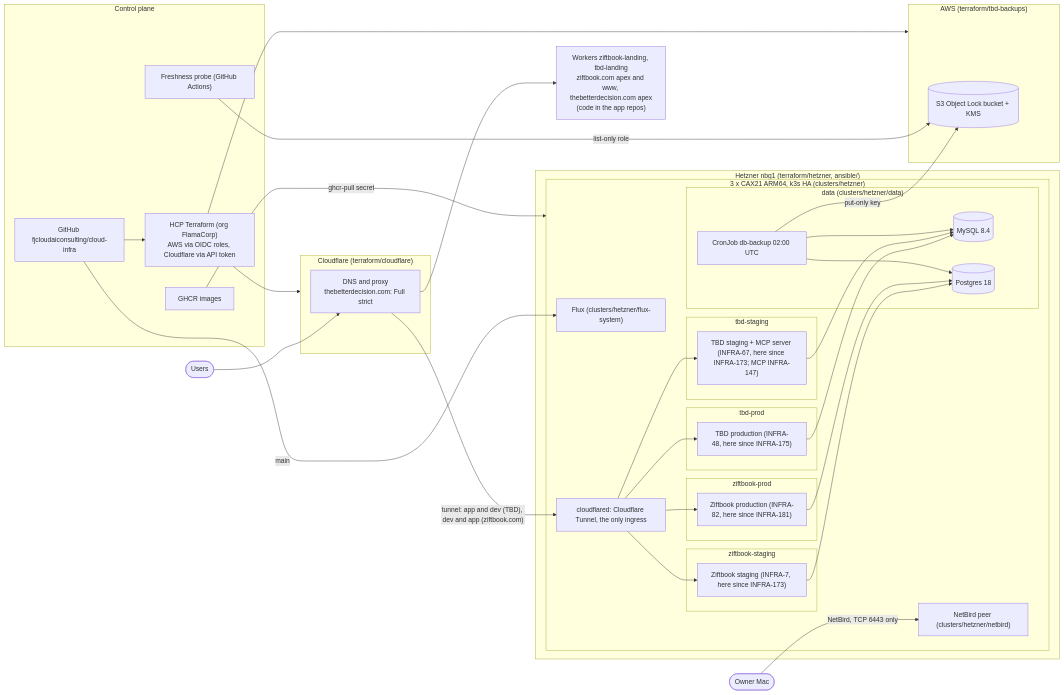
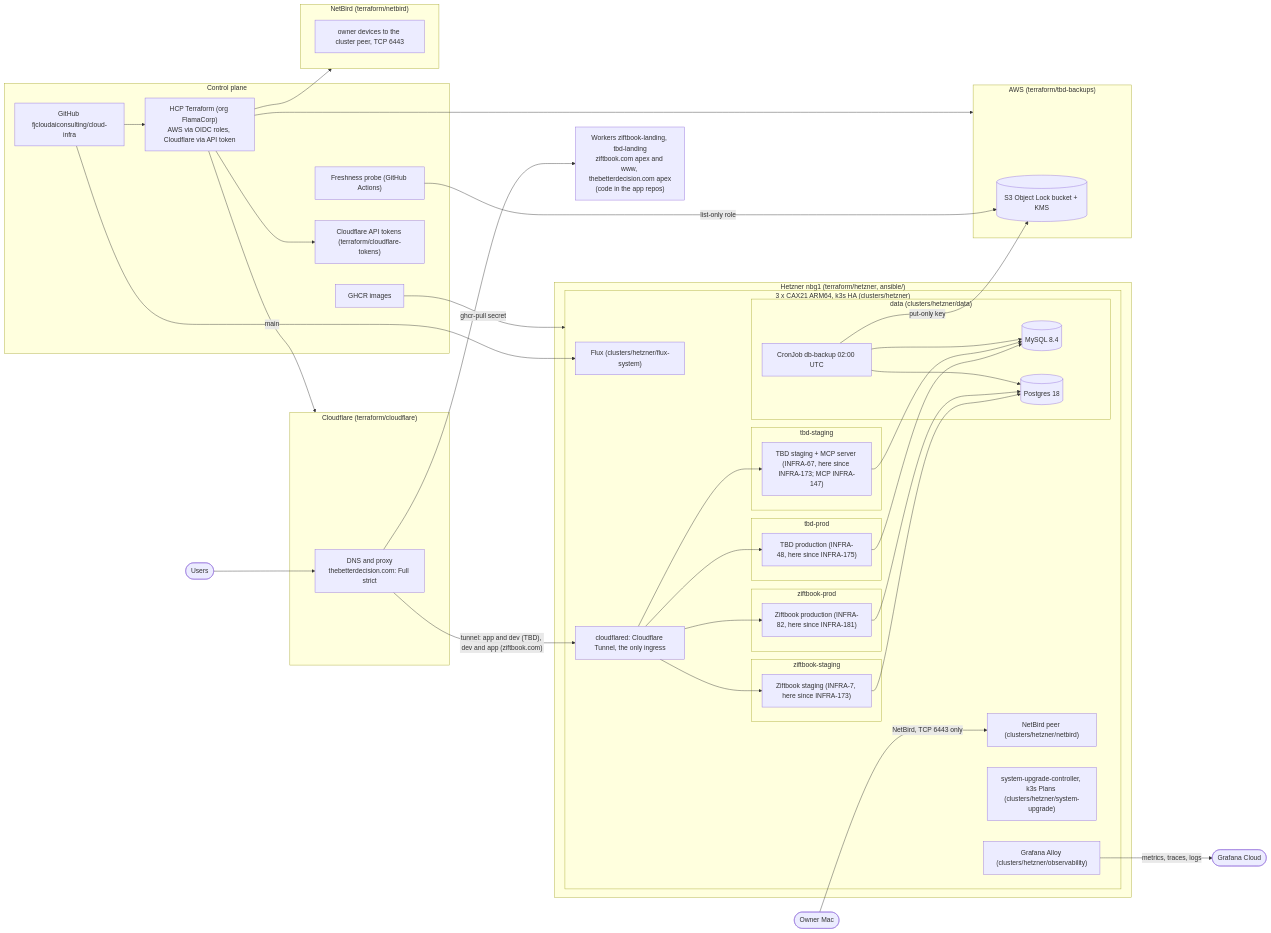
Before and after one commit to fjcloudaiconsulting/cloud-infra: the diagram in docs/architecture.md, drawn with Mermaid. The commit also changed other lines of this file and 2 other files, not shown here.

First paragraph of the commit message:
test(docs): fail when a stack or namespace is missing from the architecture diagram (INFRA-70) (#333)
## What

````diff
--- a/docs/architecture.md
+++ b/docs/architecture.md
@@ -7,56 +8,63 @@
 ```mermaid
 flowchart LR
   user([Users]) --> cf
 
   subgraph cloudflare["Cloudflare (terraform/cloudflare)"]
     cf["DNS and proxy<br/>thebetterdecision.com: Full strict"]
   end
   worker["Workers ziftbook-landing, tbd-landing<br/>ziftbook.com apex and www, thebetterdecision.com apex<br/>(code in the app repos)"]
   cf --> worker
 
   subgraph hetzner["Hetzner nbg1 (terraform/hetzner, ansible/)"]
     subgraph hk3s["3 x CAX21 ARM64, k3s HA (clusters/hetzner)"]
       cfd["cloudflared: Cloudflare Tunnel, the only ingress"]
       flux["Flux (clusters/hetzner/flux-system)"]
       netbird["NetBird peer (clusters/hetzner/netbird)"]
+      alloy["Grafana Alloy (clusters/hetzner/observability)"]
+      suc["system-upgrade-controller, k3s Plans (clusters/hetzner/system-upgrade)"]
       subgraph ns_tbdp["tbd-prod"]
         tbdprod["TBD production (INFRA-48, here since INFRA-175)"]
       end
       subgraph ns_tbds["tbd-staging"]
         tbdstg["TBD staging + MCP server (INFRA-67, here since INFRA-173; MCP INFRA-147)"]
       end
       subgraph ns_zif["ziftbook-staging"]
         zifapp["Ziftbook staging (INFRA-7, here since INFRA-173)"]
       end
       subgraph ns_zifp["ziftbook-prod"]
         zifprod["Ziftbook production (INFRA-82, here since INFRA-181)"]
       end
       subgraph hdata["data (clusters/hetzner/data)"]
         hmysql[("MySQL 8.4")]
         hpostgres[("Postgres 18")]
         hbackup["CronJob db-backup 02:00 UTC"]
       end
     end
   end
   cf -->|"tunnel: app and dev (TBD), dev and app (ziftbook.com)"| cfd --> tbdprod & tbdstg & zifapp & zifprod
   tbdprod & tbdstg --> hmysql
   zifapp & zifprod --> hpostgres
   hbackup --> hmysql & hpostgres
 
   subgraph aws_backups["AWS (terraform/tbd-backups)"]
     bucket[("S3 Object Lock bucket + KMS")]
   end
   hbackup -->|"put-only key"| bucket
+  alloy -->|"metrics, traces, logs"| grafana(["Grafana Cloud"])
   probe -->|"list-only role"| bucket
 
   subgraph control["Control plane"]
     gh["GitHub fjcloudaiconsulting/cloud-infra"]
     tfc["HCP Terraform (org FlamaCorp)<br/>AWS via OIDC roles, Cloudflare via API token"]
     ghcr["GHCR images"]
     probe["Freshness probe (GitHub Actions)"]
+    cftok["Cloudflare API tokens (terraform/cloudflare-tokens)"]
   end
-  gh --> tfc --> aws_backups & cloudflare
+  subgraph netbird_cloud["NetBird (terraform/netbird)"]
+    nbpolicy["owner devices to the cluster peer, TCP 6443"]
+  end
+  gh --> tfc --> aws_backups & cloudflare & cftok & netbird_cloud
   gh -->|"main"| flux
   ghcr -->|"ghcr-pull secret"| hk3s
   owner([Owner Mac]) -->|"NetBird, TCP 6443 only"| netbird
 ```
````
